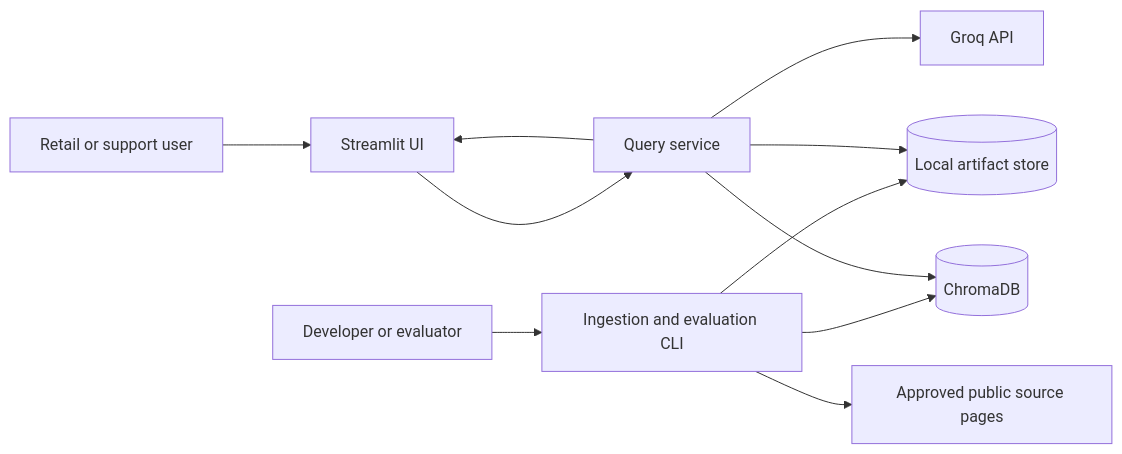
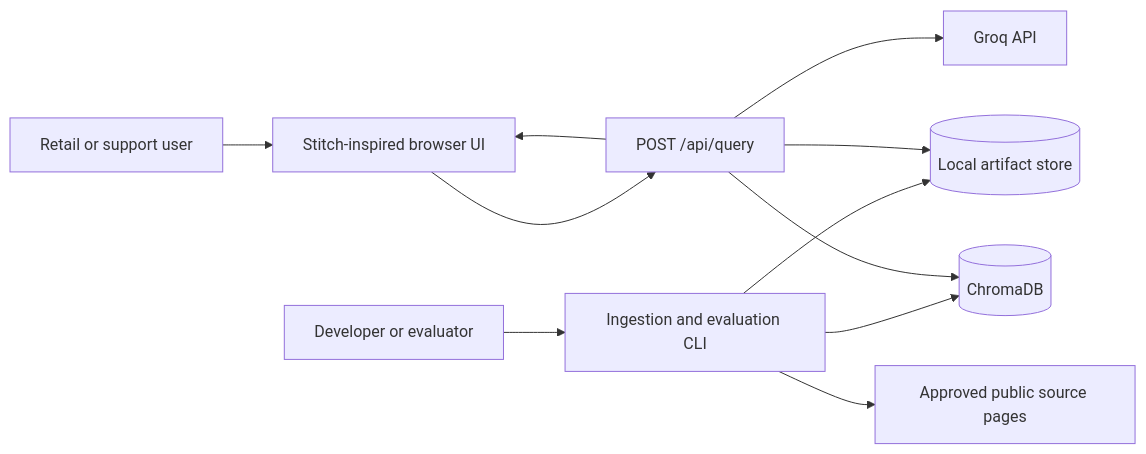
The first of 5 diagrams in architecture.md (GaurangVaidya29/Grow-Chatbot), drawn with Mermaid before and after one commit. The commit also changed other lines of this file and 12 other files, not shown here.

Commit message:
Add Stitch-inspired Groww facts UI

````diff
--- a/architecture.md
+++ b/architecture.md
@@ -77,13 +77,13 @@
 ```mermaid
 flowchart LR
-    U[Retail or support user] --> UI[Streamlit UI]
+    U[Retail or support user] --> UI[Stitch-inspired browser UI]
     D[Developer or evaluator] --> CLI[Ingestion and evaluation CLI]
     CLI --> S[Approved public source pages]
     CLI --> FS[(Local artifact store)]
     CLI --> C[(ChromaDB)]
-    UI --> QS[Query service]
+    UI --> QS[POST /api/query]
     QS --> C
     QS --> FS
     QS --> LLM[Groq API]
     QS --> UI
 ```
````
